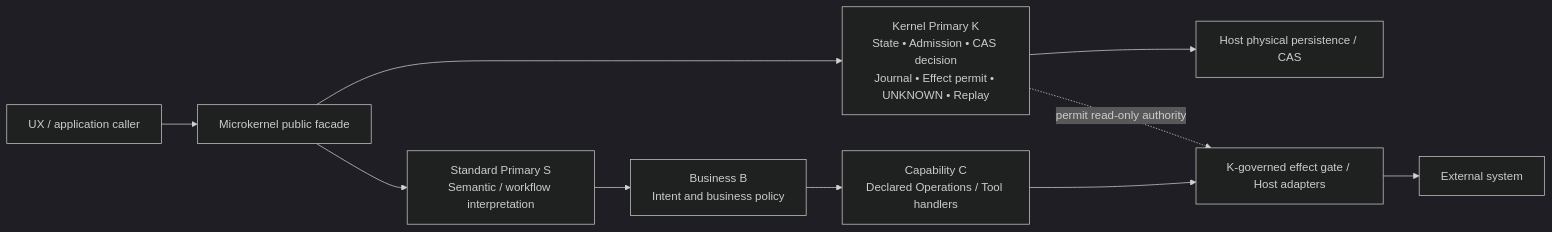
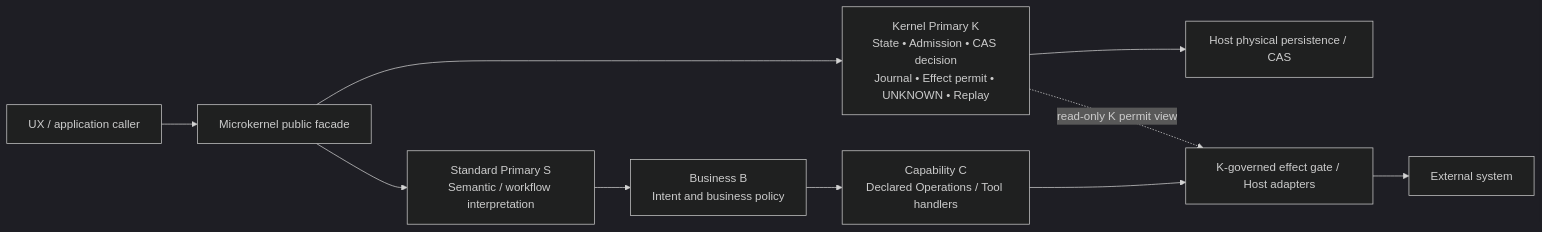
Before and after one commit to kaicreator-mm/domain-harness: the second of 4 diagrams in docs/architecture/V0102_RUNTIME_DIAGRAMS.md, drawn with Mermaid (dark theme). The commit also changed other lines of this file and 1 other file, not shown here.

Commit message:
docs: finalize Mermaid edge syntax and add llms.txt current-version Agent index

```diff
--- a/docs/architecture/V0102_RUNTIME_DIAGRAMS.md
+++ b/docs/architecture/V0102_RUNTIME_DIAGRAMS.md
@@ -43,12 +43,12 @@
 ~~~mermaid
 flowchart LR
   ux["UX / application caller"] --> f["Microkernel public facade"]
   f --> k["Kernel Primary K\nState • Admission • CAS decision\nJournal • Effect permit • UNKNOWN • Replay"]
   f --> s["Standard Primary S\nSemantic / workflow interpretation"]
   s --> b["Business B\nIntent and business policy"]
   b --> c["Capability C\nDeclared Operations / Tool handlers"]
   k --> h["Host physical persistence / CAS"]
   c --> gate["K-governed effect gate / Host adapters"]
-  k -. "permit read-only authority" .-> gate
+  k -.->|"read-only K permit view"| gate
   gate --> outside["External system"]
 ~~~
```
